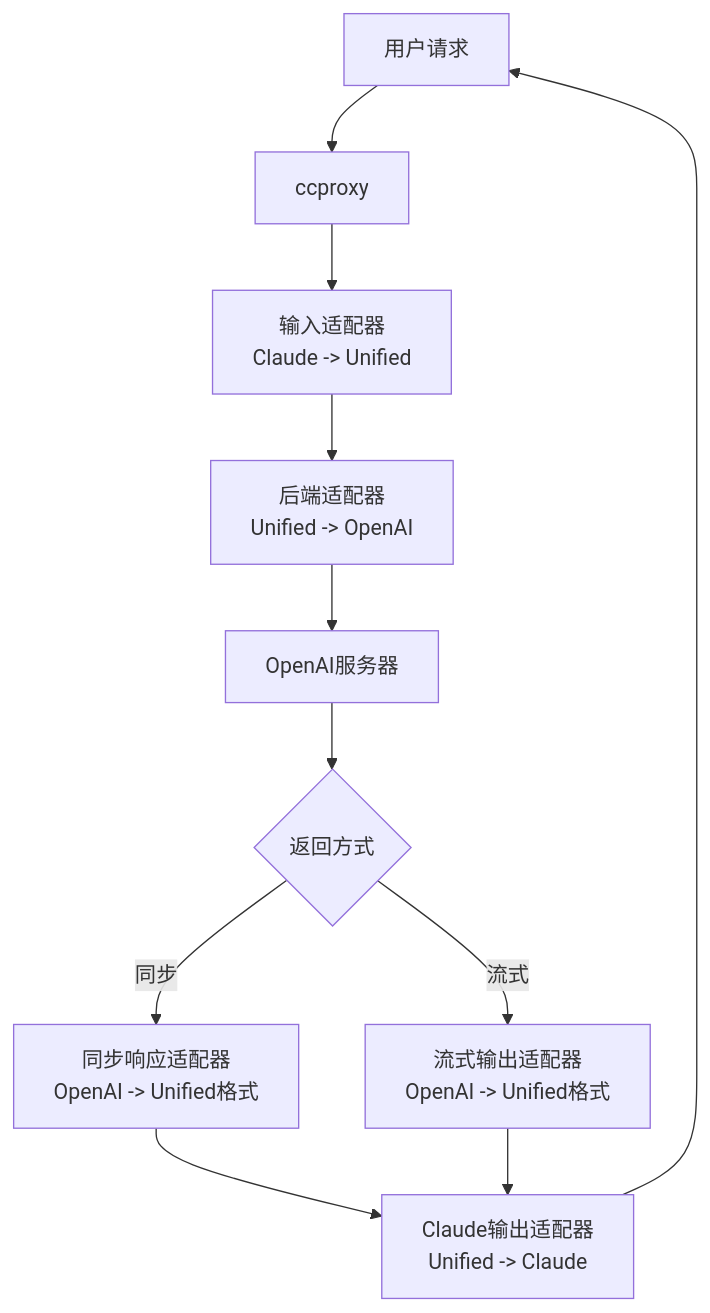
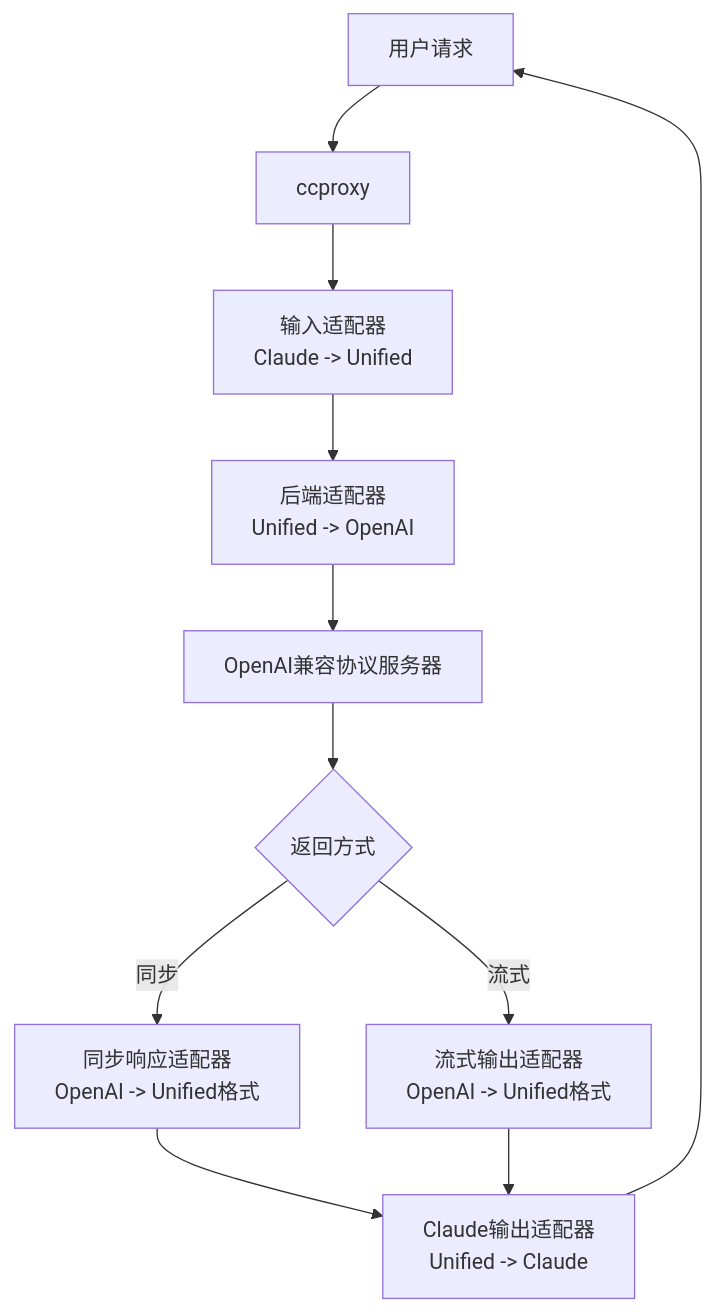
Before and after one commit to aidyou/chatspeed-docs: the diagram in docs/zh/ccproxy/README.md, drawn with Mermaid. The commit also changed other lines of this file and 14 other files, not shown here.

````diff
--- a/docs/zh/ccproxy/README.md
+++ b/docs/zh/ccproxy/README.md
@@ -24,13 +24,13 @@
 ```mermaid
 graph TD
     A[用户请求] --> B[ccproxy]
     B --> C[输入适配器<br/>Claude -> Unified]
     C --> D[后端适配器<br/>Unified -> OpenAI]
-    D --> E[OpenAI服务器]
+    D --> E[OpenAI兼容协议服务器]
     E --> F{返回方式}
     F -->|同步| G[同步响应适配器<br/>OpenAI -> Unified格式]
     F -->|流式| H[流式输出适配器<br/>OpenAI -> Unified格式]
     G --> I[...]
     H --> I[Claude输出适配器<br/>Unified -> Claude]
     I --> A
 ```
````
